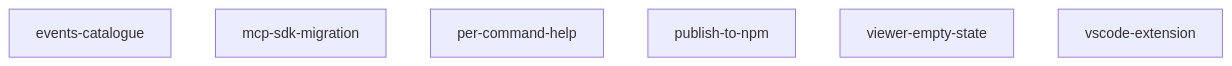
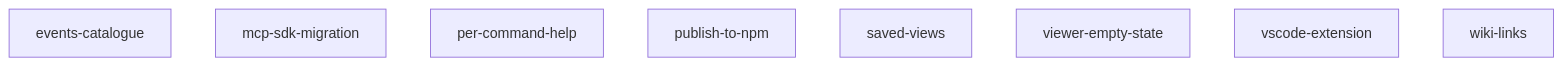
Before and after one commit to morrieinmaas/zettelgeist: the diagram in specs/INDEX.md, drawn with Mermaid. The commit also changed other lines of this file and 5 other files, not shown here.

First line of the commit message:
spec: add wiki-links and saved-views (rowboat-inspired v0.2 specs)

````diff
--- a/specs/INDEX.md
+++ b/specs/INDEX.md
@@ -16,9 +18,11 @@
 ```mermaid
 graph TD
   events-catalogue
   mcp-sdk-migration
   per-command-help
   publish-to-npm
+  saved-views
   viewer-empty-state
   vscode-extension
+  wiki-links
 ```
````
